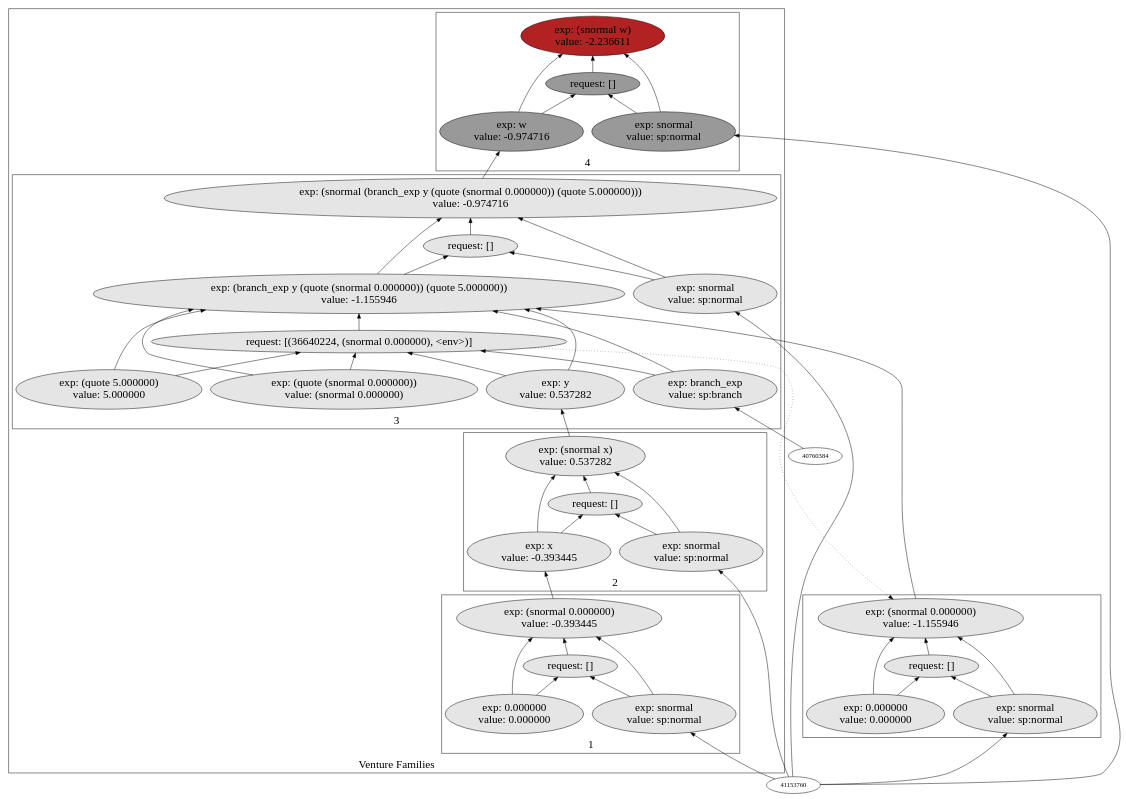
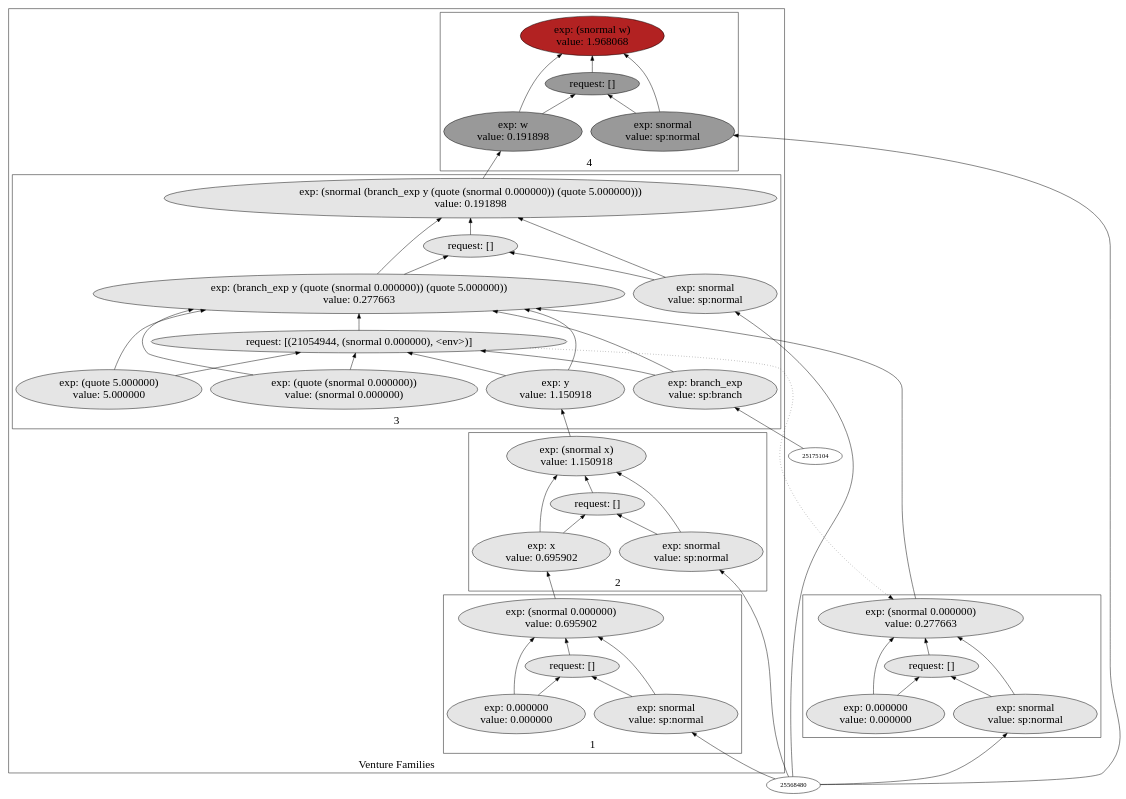
Before and after one commit to probcomp/Venturecxx: the diagram in backend/cxx/graphs/partition/dot3.dot, drawn with Graphviz. The commit also changed 326 other files, not shown here.

```diff
--- a/backend/cxx/graphs/partition/dot3.dot
+++ b/backend/cxx/graphs/partition/dot3.dot
@@ -5,95 +5,95 @@
 label="Venture Families"
 subgraph cluster2 {
 label="1"
-"37726128"["fillcolor"="grey90" "fontsize"="24" "label"="exp: (snormal 0.000000)\nvalue: -0.393445" "shape"="ellipse" "style"="filled" ]
-"42212608"["fillcolor"="grey90" "fontsize"="24" "label"="request: []" "shape"="ellipse" "style"="filled" ]
-"36870592"["fillcolor"="grey90" "fontsize"="24" "label"="exp: snormal\nvalue: sp:normal" "shape"="ellipse" "style"="filled" ]
-"33142112"["fillcolor"="grey90" "fontsize"="24" "label"="exp: 0.000000\nvalue: 0.000000" "shape"="ellipse" "style"="filled" ]
+"22140848"["fillcolor"="grey90" "fontsize"="24" "label"="exp: (snormal 0.000000)\nvalue: 0.695902" "shape"="ellipse" "style"="filled" ]
+"26627328"["fillcolor"="grey90" "fontsize"="24" "label"="request: []" "shape"="ellipse" "style"="filled" ]
+"21285312"["fillcolor"="grey90" "fontsize"="24" "label"="exp: snormal\nvalue: sp:normal" "shape"="ellipse" "style"="filled" ]
+"17556832"["fillcolor"="grey90" "fontsize"="24" "label"="exp: 0.000000\nvalue: 0.000000" "shape"="ellipse" "style"="filled" ]
 }
 
 subgraph cluster3 {
 label="2"
-"37254784"["fillcolor"="grey90" "fontsize"="24" "label"="exp: (snormal x)\nvalue: 0.537282" "shape"="ellipse" "style"="filled" ]
-"37154352"["fillcolor"="grey90" "fontsize"="24" "label"="request: []" "shape"="ellipse" "style"="filled" ]
-"35549456"["fillcolor"="grey90" "fontsize"="24" "label"="exp: snormal\nvalue: sp:normal" "shape"="ellipse" "style"="filled" ]
-"37179568"["fillcolor"="grey90" "fontsize"="24" "label"="exp: x\nvalue: -0.393445" "shape"="ellipse" "style"="filled" ]
+"21669504"["fillcolor"="grey90" "fontsize"="24" "label"="exp: (snormal x)\nvalue: 1.150918" "shape"="ellipse" "style"="filled" ]
+"21569072"["fillcolor"="grey90" "fontsize"="24" "label"="request: []" "shape"="ellipse" "style"="filled" ]
+"19964176"["fillcolor"="grey90" "fontsize"="24" "label"="exp: snormal\nvalue: sp:normal" "shape"="ellipse" "style"="filled" ]
+"21594288"["fillcolor"="grey90" "fontsize"="24" "label"="exp: x\nvalue: 0.695902" "shape"="ellipse" "style"="filled" ]
 }
 
 subgraph cluster4 {
 label="3"
-"34848512"["fillcolor"="grey90" "fontsize"="24" "label"="exp: (snormal (branch_exp y (quote (snormal 0.000000)) (quote 5.000000)))\nvalue: -0.974716" "shape"="ellipse" "style"="filled" ]
-"36839072"["fillcolor"="grey90" "fontsize"="24" "label"="request: []" "shape"="ellipse" "style"="filled" ]
-"36129440"["fillcolor"="grey90" "fontsize"="24" "label"="exp: snormal\nvalue: sp:normal" "shape"="ellipse" "style"="filled" ]
-"36593296"["fillcolor"="grey90" "fontsize"="24" "label"="exp: (branch_exp y (quote (snormal 0.000000)) (quote 5.000000))\nvalue: -1.155946" "shape"="ellipse" "style"="filled" ]
-"36640224"["fillcolor"="grey90" "fontsize"="24" "label"="request: [(36640224, (snormal 0.000000), <env>)]" "shape"="ellipse" "style"="filled" ]
-"34747040"["fillcolor"="grey90" "fontsize"="24" "label"="exp: branch_exp\nvalue: sp:branch" "shape"="ellipse" "style"="filled" ]
-"36243120"["fillcolor"="grey90" "fontsize"="24" "label"="exp: y\nvalue: 0.537282" "shape"="ellipse" "style"="filled" ]
-"35112672"["fillcolor"="grey90" "fontsize"="24" "label"="exp: (quote (snormal 0.000000))\nvalue: (snormal 0.000000)" "shape"="ellipse" "style"="filled" ]
-"35588656"["fillcolor"="grey90" "fontsize"="24" "label"="exp: (quote 5.000000)\nvalue: 5.000000" "shape"="ellipse" "style"="filled" ]
+"19263232"["fillcolor"="grey90" "fontsize"="24" "label"="exp: (snormal (branch_exp y (quote (snormal 0.000000)) (quote 5.000000)))\nvalue: 0.191898" "shape"="ellipse" "style"="filled" ]
+"21253792"["fillcolor"="grey90" "fontsize"="24" "label"="request: []" "shape"="ellipse" "style"="filled" ]
+"20544160"["fillcolor"="grey90" "fontsize"="24" "label"="exp: snormal\nvalue: sp:normal" "shape"="ellipse" "style"="filled" ]
+"21008016"["fillcolor"="grey90" "fontsize"="24" "label"="exp: (branch_exp y (quote (snormal 0.000000)) (quote 5.000000))\nvalue: 0.277663" "shape"="ellipse" "style"="filled" ]
+"21054944"["fillcolor"="grey90" "fontsize"="24" "label"="request: [(21054944, (snormal 0.000000), <env>)]" "shape"="ellipse" "style"="filled" ]
+"19161760"["fillcolor"="grey90" "fontsize"="24" "label"="exp: branch_exp\nvalue: sp:branch" "shape"="ellipse" "style"="filled" ]
+"20657840"["fillcolor"="grey90" "fontsize"="24" "label"="exp: y\nvalue: 1.150918" "shape"="ellipse" "style"="filled" ]
+"19527392"["fillcolor"="grey90" "fontsize"="24" "label"="exp: (quote (snormal 0.000000))\nvalue: (snormal 0.000000)" "shape"="ellipse" "style"="filled" ]
+"20003376"["fillcolor"="grey90" "fontsize"="24" "label"="exp: (quote 5.000000)\nvalue: 5.000000" "shape"="ellipse" "style"="filled" ]
 }
 
 subgraph cluster5 {
 label="4"
-"36828112"["fillcolor"="firebrick" "fontsize"="24" "label"="exp: (snormal w)\nvalue: -2.236611" "shape"="ellipse" "style"="filled" ]
-"41282896"["fillcolor"="grey60" "fontsize"="24" "label"="request: []" "shape"="ellipse" "style"="filled" ]
-"35141008"["fillcolor"="grey60" "fontsize"="24" "label"="exp: snormal\nvalue: sp:normal" "shape"="ellipse" "style"="filled" ]
-"35315600"["fillcolor"="grey60" "fontsize"="24" "label"="exp: w\nvalue: -0.974716" "shape"="ellipse" "style"="filled" ]
+"21242832"["fillcolor"="firebrick" "fontsize"="24" "label"="exp: (snormal w)\nvalue: 1.968068" "shape"="ellipse" "style"="filled" ]
+"25697616"["fillcolor"="grey60" "fontsize"="24" "label"="request: []" "shape"="ellipse" "style"="filled" ]
+"19555728"["fillcolor"="grey60" "fontsize"="24" "label"="exp: snormal\nvalue: sp:normal" "shape"="ellipse" "style"="filled" ]
+"19730320"["fillcolor"="grey60" "fontsize"="24" "label"="exp: w\nvalue: 0.191898" "shape"="ellipse" "style"="filled" ]
 }
 
 }
 
 subgraph cluster6 {
 label=""
-"35342768"["fillcolor"="grey90" "fontsize"="24" "label"="exp: (snormal 0.000000)\nvalue: -1.155946" "shape"="ellipse" "style"="filled" ]
-"35128112"["fillcolor"="grey90" "fontsize"="24" "label"="request: []" "shape"="ellipse" "style"="filled" ]
-"34675744"["fillcolor"="grey90" "fontsize"="24" "label"="exp: snormal\nvalue: sp:normal" "shape"="ellipse" "style"="filled" ]
-"37170512"["fillcolor"="grey90" "fontsize"="24" "label"="exp: 0.000000\nvalue: 0.000000" "shape"="ellipse" "style"="filled" ]
+"19757488"["fillcolor"="grey90" "fontsize"="24" "label"="exp: (snormal 0.000000)\nvalue: 0.277663" "shape"="ellipse" "style"="filled" ]
+"19542832"["fillcolor"="grey90" "fontsize"="24" "label"="request: []" "shape"="ellipse" "style"="filled" ]
+"19090464"["fillcolor"="grey90" "fontsize"="24" "label"="exp: snormal\nvalue: sp:normal" "shape"="ellipse" "style"="filled" ]
+"21585232"["fillcolor"="grey90" "fontsize"="24" "label"="exp: 0.000000\nvalue: 0.000000" "shape"="ellipse" "style"="filled" ]
 }
 
-"36129440" -> "34848512"["arrowhead"="normal" "color"="black" "constraint"="true" "style"="solid" ]
-"36129440" -> "36839072"["arrowhead"="normal" "color"="black" "constraint"="true" "style"="solid" ]
-"41153760" -> "36129440"["arrowhead"="normal" "color"="black" "constraint"="true" "style"="solid" ]
-"36593296" -> "34848512"["arrowhead"="normal" "color"="black" "constraint"="true" "style"="solid" ]
-"36593296" -> "36839072"["arrowhead"="normal" "color"="black" "constraint"="true" "style"="solid" ]
-"34747040" -> "36593296"["arrowhead"="normal" "color"="black" "constraint"="true" "style"="solid" ]
-"34747040" -> "36640224"["arrowhead"="normal" "color"="black" "constraint"="true" "style"="solid" ]
-"40760384" -> "34747040"["arrowhead"="normal" "color"="black" "constraint"="true" "style"="solid" ]
-"36243120" -> "36593296"["arrowhead"="normal" "color"="black" "constraint"="true" "style"="solid" ]
-"36243120" -> "36640224"["arrowhead"="normal" "color"="black" "constraint"="true" "style"="solid" ]
-"37254784" -> "36243120"["arrowhead"="normal" "color"="black" "constraint"="true" "style"="solid" ]
-"35112672" -> "36593296"["arrowhead"="normal" "color"="black" "constraint"="true" "style"="solid" ]
-"35112672" -> "36640224"["arrowhead"="normal" "color"="black" "constraint"="true" "style"="solid" ]
-"35588656" -> "36593296"["arrowhead"="normal" "color"="black" "constraint"="true" "style"="solid" ]
-"35588656" -> "36640224"["arrowhead"="normal" "color"="black" "constraint"="true" "style"="solid" ]
-"36640224" -> "36593296"["arrowhead"="normal" "color"="black" "constraint"="true" "style"="solid" ]
-"35342768" -> "36593296"["arrowhead"="normal" "color"="black" "constraint"="true" "style"="solid" ]
-"36640224" -> "35342768"["arrowhead"="normal" "color"="black" "constraint"="false" "style"="dotted" ]
-"36839072" -> "34848512"["arrowhead"="normal" "color"="black" "constraint"="true" "style"="solid" ]
-"34675744" -> "35342768"["arrowhead"="normal" "color"="black" "constraint"="true" "style"="solid" ]
-"34675744" -> "35128112"["arrowhead"="normal" "color"="black" "constraint"="true" "style"="solid" ]
-"41153760" -> "34675744"["arrowhead"="normal" "color"="black" "constraint"="true" "style"="solid" ]
-"37170512" -> "35342768"["arrowhead"="normal" "color"="black" "constraint"="true" "style"="solid" ]
-"37170512" -> "35128112"["arrowhead"="normal" "color"="black" "constraint"="true" "style"="solid" ]
-"35128112" -> "35342768"["arrowhead"="normal" "color"="black" "constraint"="true" "style"="solid" ]
-"35141008" -> "36828112"["arrowhead"="normal" "color"="black" "constraint"="true" "style"="solid" ]
-"35141008" -> "41282896"["arrowhead"="normal" "color"="black" "constraint"="true" "style"="solid" ]
-"41153760" -> "35141008"["arrowhead"="normal" "color"="black" "constraint"="true" "style"="solid" ]
-"35315600" -> "36828112"["arrowhead"="normal" "color"="black" "constraint"="true" "style"="solid" ]
-"35315600" -> "41282896"["arrowhead"="normal" "color"="black" "constraint"="true" "style"="solid" ]
-"34848512" -> "35315600"["arrowhead"="normal" "color"="black" "constraint"="true" "style"="solid" ]
-"41282896" -> "36828112"["arrowhead"="normal" "color"="black" "constraint"="true" "style"="solid" ]
-"35549456" -> "37254784"["arrowhead"="normal" "color"="black" "constraint"="true" "style"="solid" ]
-"35549456" -> "37154352"["arrowhead"="normal" "color"="black" "constraint"="true" "style"="solid" ]
-"41153760" -> "35549456"["arrowhead"="normal" "color"="black" "constraint"="true" "style"="solid" ]
-"37179568" -> "37254784"["arrowhead"="normal" "color"="black" "constraint"="true" "style"="solid" ]
-"37179568" -> "37154352"["arrowhead"="normal" "color"="black" "constraint"="true" "style"="solid" ]
-"37726128" -> "37179568"["arrowhead"="normal" "color"="black" "constraint"="true" "style"="solid" ]
-"37154352" -> "37254784"["arrowhead"="normal" "color"="black" "constraint"="true" "style"="solid" ]
-"36870592" -> "37726128"["arrowhead"="normal" "color"="black" "constraint"="true" "style"="solid" ]
-"36870592" -> "42212608"["arrowhead"="normal" "color"="black" "constraint"="true" "style"="solid" ]
-"41153760" -> "36870592"["arrowhead"="normal" "color"="black" "constraint"="true" "style"="solid" ]
-"33142112" -> "37726128"["arrowhead"="normal" "color"="black" "constraint"="true" "style"="solid" ]
-"33142112" -> "42212608"["arrowhead"="normal" "color"="black" "constraint"="true" "style"="solid" ]
-"42212608" -> "37726128"["arrowhead"="normal" "color"="black" "constraint"="true" "style"="solid" ]
+"20544160" -> "19263232"["arrowhead"="normal" "color"="black" "constraint"="true" "style"="solid" ]
+"20544160" -> "21253792"["arrowhead"="normal" "color"="black" "constraint"="true" "style"="solid" ]
+"25568480" -> "20544160"["arrowhead"="normal" "color"="black" "constraint"="true" "style"="solid" ]
+"21008016" -> "19263232"["arrowhead"="normal" "color"="black" "constraint"="true" "style"="solid" ]
+"21008016" -> "21253792"["arrowhead"="normal" "color"="black" "constraint"="true" "style"="solid" ]
+"19161760" -> "21008016"["arrowhead"="normal" "color"="black" "constraint"="true" "style"="solid" ]
+"19161760" -> "21054944"["arrowhead"="normal" "color"="black" "constraint"="true" "style"="solid" ]
+"25175104" -> "19161760"["arrowhead"="normal" "color"="black" "constraint"="true" "style"="solid" ]
+"20657840" -> "21008016"["arrowhead"="normal" "color"="black" "constraint"="true" "style"="solid" ]
+"20657840" -> "21054944"["arrowhead"="normal" "color"="black" "constraint"="true" "style"="solid" ]
+"21669504" -> "20657840"["arrowhead"="normal" "color"="black" "constraint"="true" "style"="solid" ]
+"19527392" -> "21008016"["arrowhead"="normal" "color"="black" "constraint"="true" "style"="solid" ]
+"19527392" -> "21054944"["arrowhead"="normal" "color"="black" "constraint"="true" "style"="solid" ]
+"20003376" -> "21008016"["arrowhead"="normal" "color"="black" "constraint"="true" "style"="solid" ]
+"20003376" -> "21054944"["arrowhead"="normal" "color"="black" "constraint"="true" "style"="solid" ]
+"21054944" -> "21008016"["arrowhead"="normal" "color"="black" "constraint"="true" "style"="solid" ]
+"19757488" -> "21008016"["arrowhead"="normal" "color"="black" "constraint"="true" "style"="solid" ]
+"21054944" -> "19757488"["arrowhead"="normal" "color"="black" "constraint"="false" "style"="dotted" ]
+"21253792" -> "19263232"["arrowhead"="normal" "color"="black" "constraint"="true" "style"="solid" ]
+"19090464" -> "19757488"["arrowhead"="normal" "color"="black" "constraint"="true" "style"="solid" ]
+"19090464" -> "19542832"["arrowhead"="normal" "color"="black" "constraint"="true" "style"="solid" ]
+"25568480" -> "19090464"["arrowhead"="normal" "color"="black" "constraint"="true" "style"="solid" ]
+"21585232" -> "19757488"["arrowhead"="normal" "color"="black" "constraint"="true" "style"="solid" ]
+"21585232" -> "19542832"["arrowhead"="normal" "color"="black" "constraint"="true" "style"="solid" ]
+"19542832" -> "19757488"["arrowhead"="normal" "color"="black" "constraint"="true" "style"="solid" ]
+"19555728" -> "21242832"["arrowhead"="normal" "color"="black" "constraint"="true" "style"="solid" ]
+"19555728" -> "25697616"["arrowhead"="normal" "color"="black" "constraint"="true" "style"="solid" ]
+"25568480" -> "19555728"["arrowhead"="normal" "color"="black" "constraint"="true" "style"="solid" ]
+"19730320" -> "21242832"["arrowhead"="normal" "color"="black" "constraint"="true" "style"="solid" ]
+"19730320" -> "25697616"["arrowhead"="normal" "color"="black" "constraint"="true" "style"="solid" ]
+"19263232" -> "19730320"["arrowhead"="normal" "color"="black" "constraint"="true" "style"="solid" ]
+"25697616" -> "21242832"["arrowhead"="normal" "color"="black" "constraint"="true" "style"="solid" ]
+"19964176" -> "21669504"["arrowhead"="normal" "color"="black" "constraint"="true" "style"="solid" ]
+"19964176" -> "21569072"["arrowhead"="normal" "color"="black" "constraint"="true" "style"="solid" ]
+"25568480" -> "19964176"["arrowhead"="normal" "color"="black" "constraint"="true" "style"="solid" ]
+"21594288" -> "21669504"["arrowhead"="normal" "color"="black" "constraint"="true" "style"="solid" ]
+"21594288" -> "21569072"["arrowhead"="normal" "color"="black" "constraint"="true" "style"="solid" ]
+"22140848" -> "21594288"["arrowhead"="normal" "color"="black" "constraint"="true" "style"="solid" ]
+"21569072" -> "21669504"["arrowhead"="normal" "color"="black" "constraint"="true" "style"="solid" ]
+"21285312" -> "22140848"["arrowhead"="normal" "color"="black" "constraint"="true" "style"="solid" ]
+"21285312" -> "26627328"["arrowhead"="normal" "color"="black" "constraint"="true" "style"="solid" ]
+"25568480" -> "21285312"["arrowhead"="normal" "color"="black" "constraint"="true" "style"="solid" ]
+"17556832" -> "22140848"["arrowhead"="normal" "color"="black" "constraint"="true" "style"="solid" ]
+"17556832" -> "26627328"["arrowhead"="normal" "color"="black" "constraint"="true" "style"="solid" ]
+"26627328" -> "22140848"["arrowhead"="normal" "color"="black" "constraint"="true" "style"="solid" ]
 
 }
```
